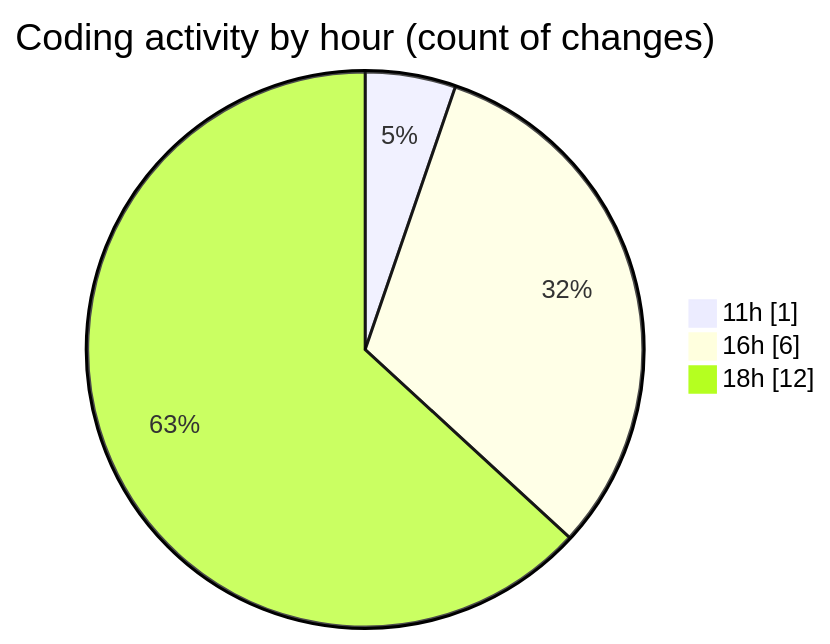
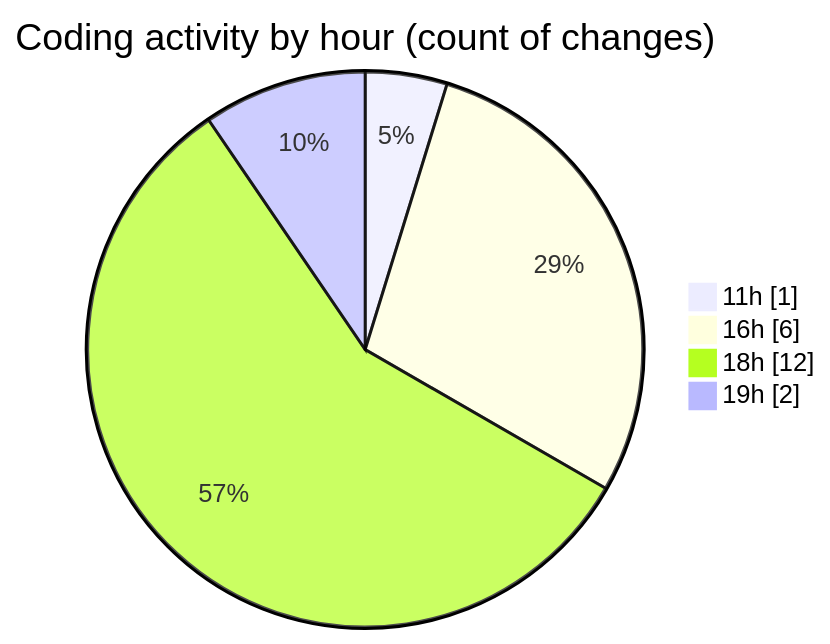
Before and after one commit to nxtqubesakshisongat/code-tracking: the second of 2 diagrams in 2026-05-24/nxtqube_webapp/README.md, drawn with Mermaid. The commit also changed other lines of this file and 1 other file, not shown here.

````diff
--- a/2026-05-24/nxtqube_webapp/README.md
+++ b/2026-05-24/nxtqube_webapp/README.md
@@ -34,7 +34,8 @@
 ```mermaid
 pie showData
 title Coding activity by hour (count of changes)
 "11h" : 1
 "16h" : 6
 "18h" : 12
+"19h" : 2
 ```
````
